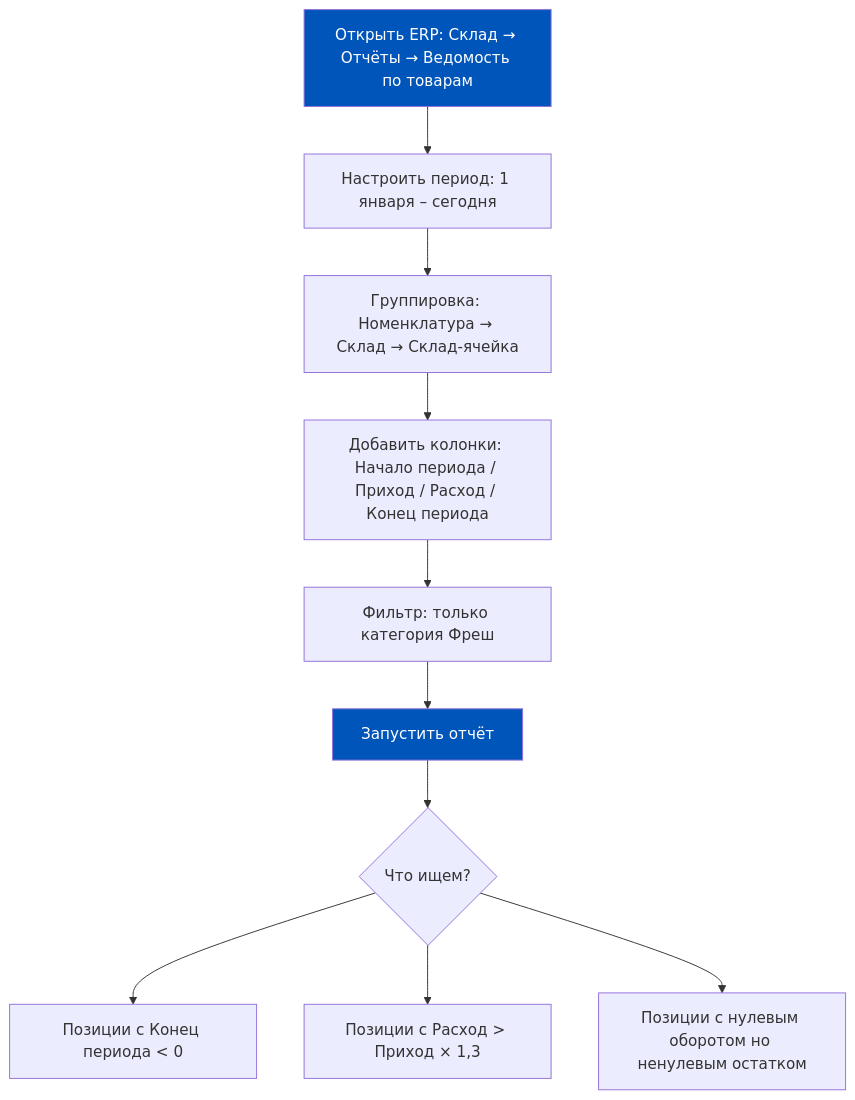
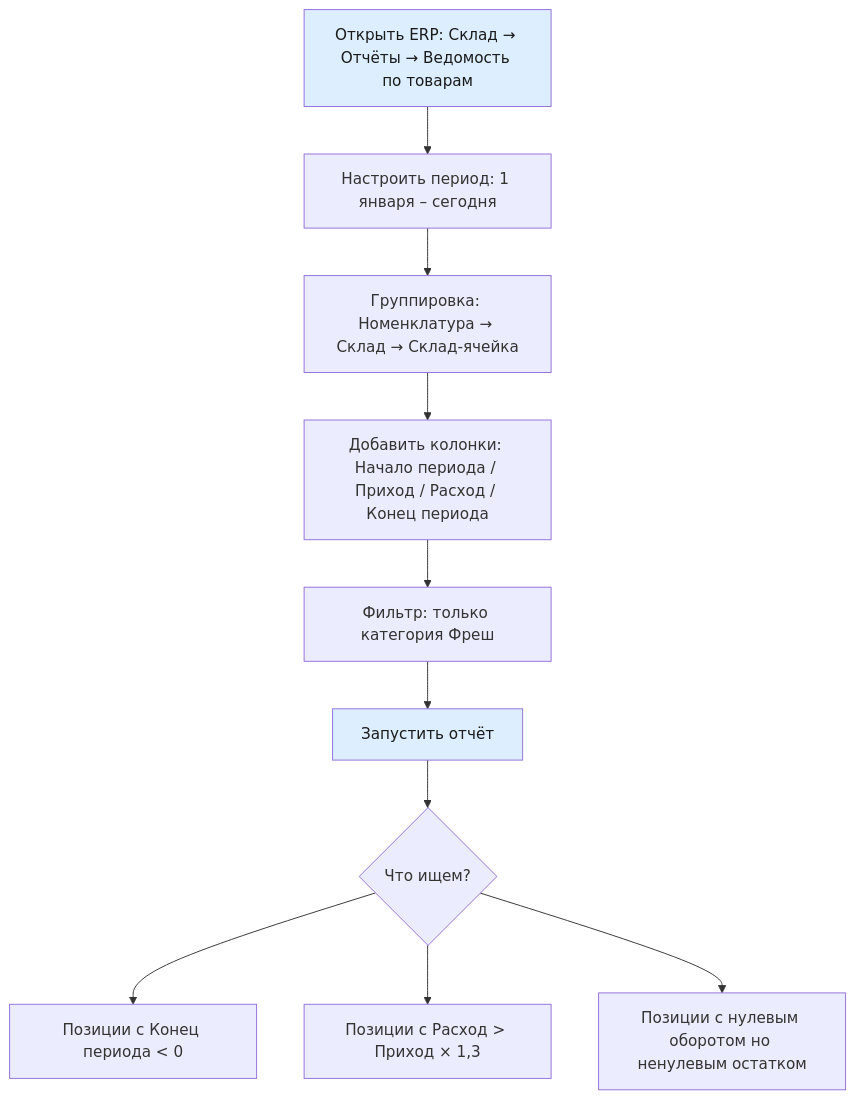
Before and after one commit to murad1986/1c-erp-quartz: the first of 8 diagrams in content/1c-erp/week_5/Неделя 5 - День 6 - Практикум по аудиту склада.md, drawn with Mermaid. The commit also changed other lines of this file and 57 other files, not shown here.

First line of the commit message:
fix: Mermaid — пастельные цвета в источниках диаграмм (56 файлов)

````diff
--- a/content/1c-erp/week_5/Неделя 5 - День 6 - Практикум по аудиту склада.md
+++ b/content/1c-erp/week_5/Неделя 5 - День 6 - Практикум по аудиту склада.md
@@ -65,15 +65,15 @@
 ```mermaid
 flowchart TD
     A[Открыть ERP: Склад → Отчёты → Ведомость по товарам] --> B[Настроить период: 1 января – сегодня]
     B --> C[Группировка: Номенклатура → Склад → Склад-ячейка]
     C --> D[Добавить колонки: Начало периода / Приход / Расход / Конец периода]
     D --> E[Фильтр: только категория Фреш]
     E --> F[Запустить отчёт]
     F --> G{Что ищем?}
     G --> H[Позиции с Конец периода < 0]
     G --> I[Позиции с Расход > Приход × 1,3]
     G --> J[Позиции с нулевым оборотом но ненулевым остатком]
 
-    style A fill:#0055BB,color:#fff
-    style F fill:#0055BB,color:#fff
+    style A fill:#dceeff,color:#1a1a1a
+    style F fill:#dceeff,color:#1a1a1a
 ```
````
